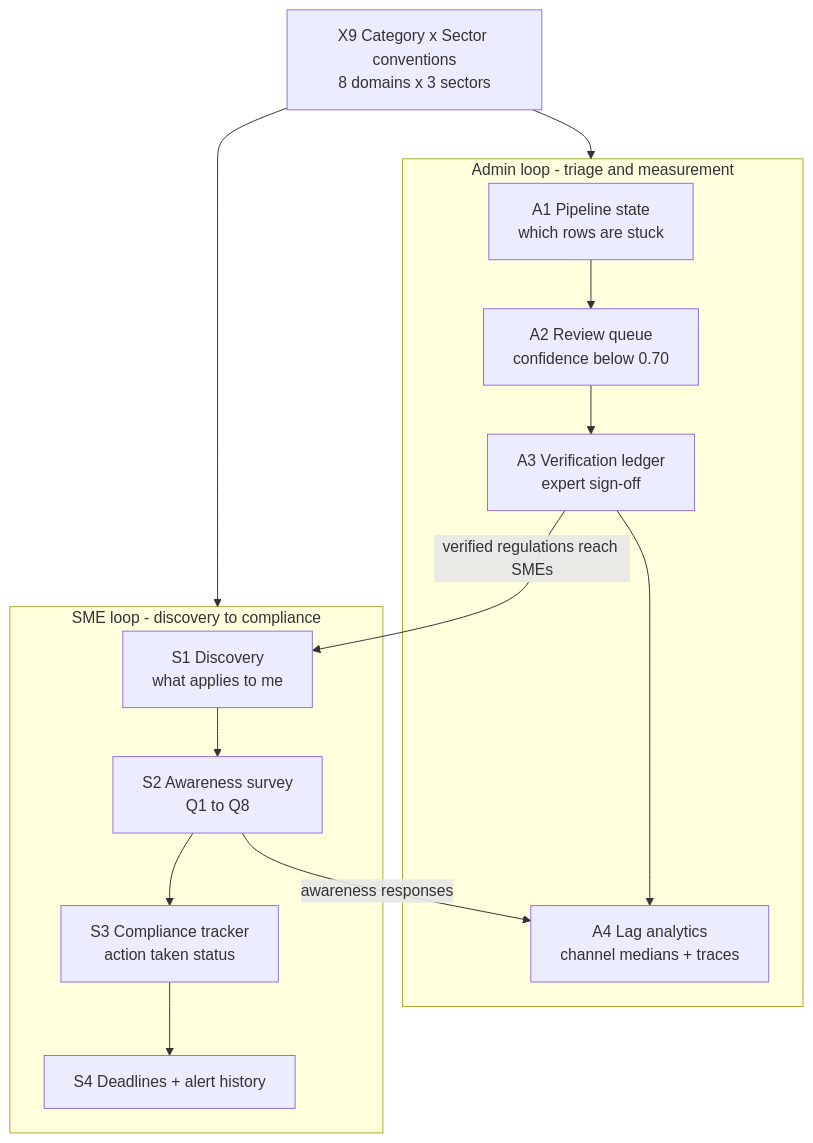
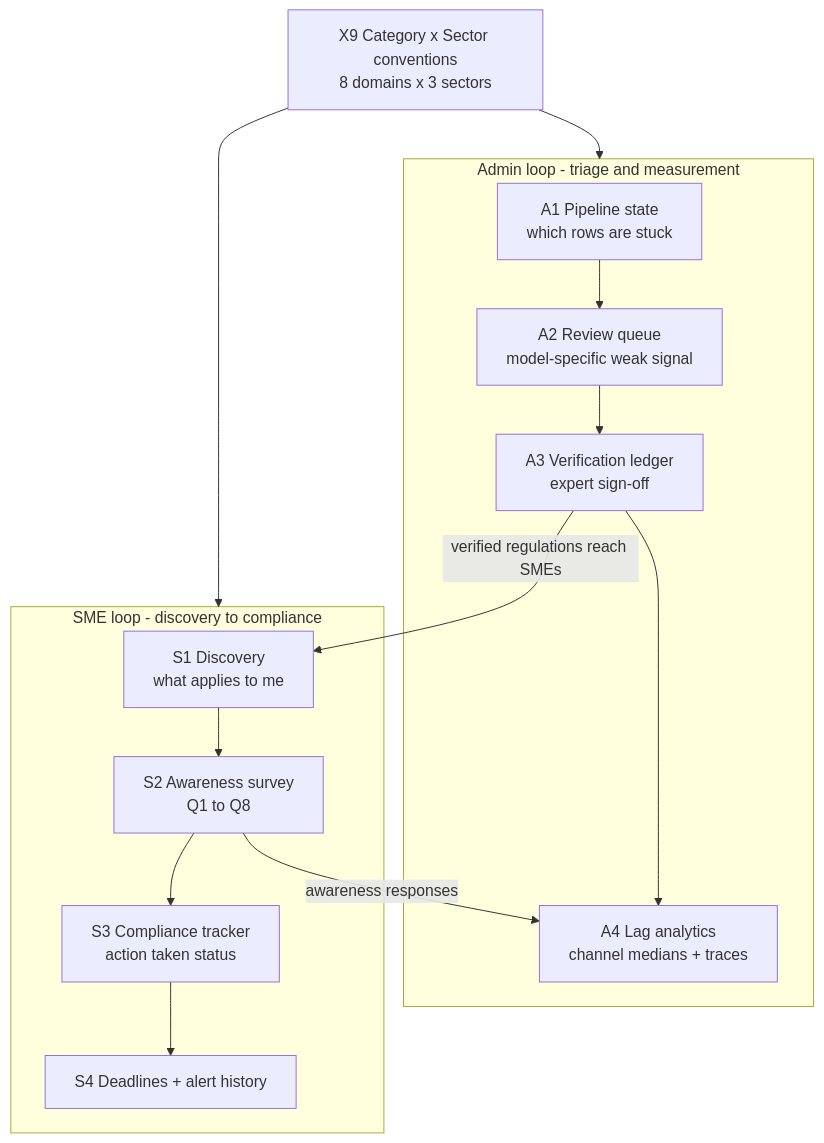
One commit to ifham-mohamed/obs-sme changed the second of 2 diagrams in 02-Research-Modules/1 Module-1-Awareness-Gap/14_M1_Tracking_Workflows.md. Above: the diagram before and after it, drawn with Mermaid. The commit also changed other lines of this file and 110 other files, not shown here.

````diff
--- a/02-Research-Modules/1 Module-1-Awareness-Gap/14_M1_Tracking_Workflows.md
+++ b/02-Research-Modules/1 Module-1-Awareness-Gap/14_M1_Tracking_Workflows.md
@@ -79,17 +86,17 @@
 ```mermaid
 flowchart TB
     subgraph ADMIN[Admin loop - triage and measurement]
-        A1[A1 Pipeline state<br/>which rows are stuck] --> A2[A2 Review queue<br/>confidence below 0.70]
+        A1[A1 Pipeline state<br/>which rows are stuck] --> A2[A2 Review queue<br/>model-specific weak signal]
         A2 --> A3[A3 Verification ledger<br/>expert sign-off]
         A3 --> A4[A4 Lag analytics<br/>channel medians + traces]
     end
     subgraph SME[SME loop - discovery to compliance]
         S1[S1 Discovery<br/>what applies to me] --> S2[S2 Awareness survey<br/>Q1 to Q8]
         S2 --> S3[S3 Compliance tracker<br/>action taken status]
         S3 --> S4[S4 Deadlines + alert history]
     end
     X9[X9 Category x Sector conventions<br/>8 domains x 3 sectors] --> ADMIN
     X9 --> SME
     A3 -->|verified regulations reach SMEs| S1
     S2 -->|awareness responses| A4
 ```
````
